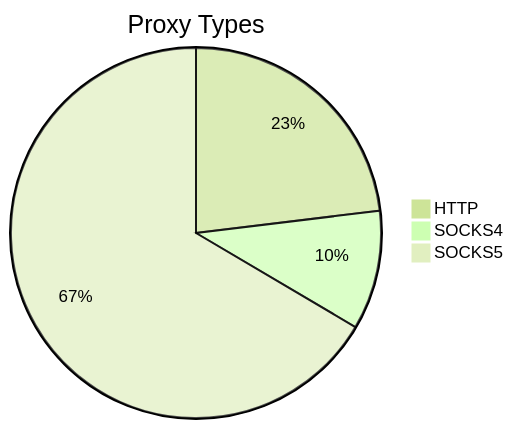
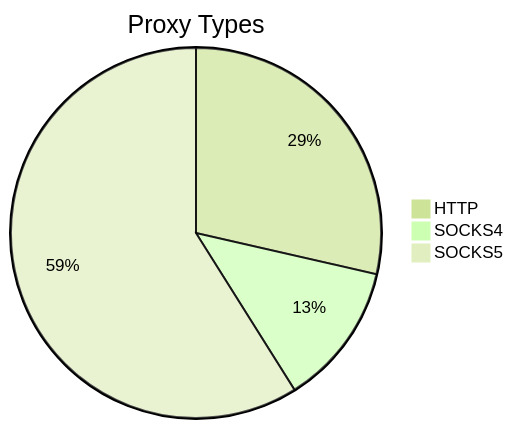
One commit to stormsia/proxy-list changed the first of 2 diagrams in README.md. Above: the diagram before and after it, drawn with Mermaid (forest theme). The commit also changed other lines of this file, not shown here.

````diff
--- a/README.md
+++ b/README.md
@@ -21,6 +21,6 @@
 ```mermaid
 pie title Proxy Types
-    "HTTP" : 51
-    "SOCKS4" : 23
-    "SOCKS5" : 147
+    "HTTP" : 64
+    "SOCKS4" : 28
+    "SOCKS5" : 132
 ```
````
